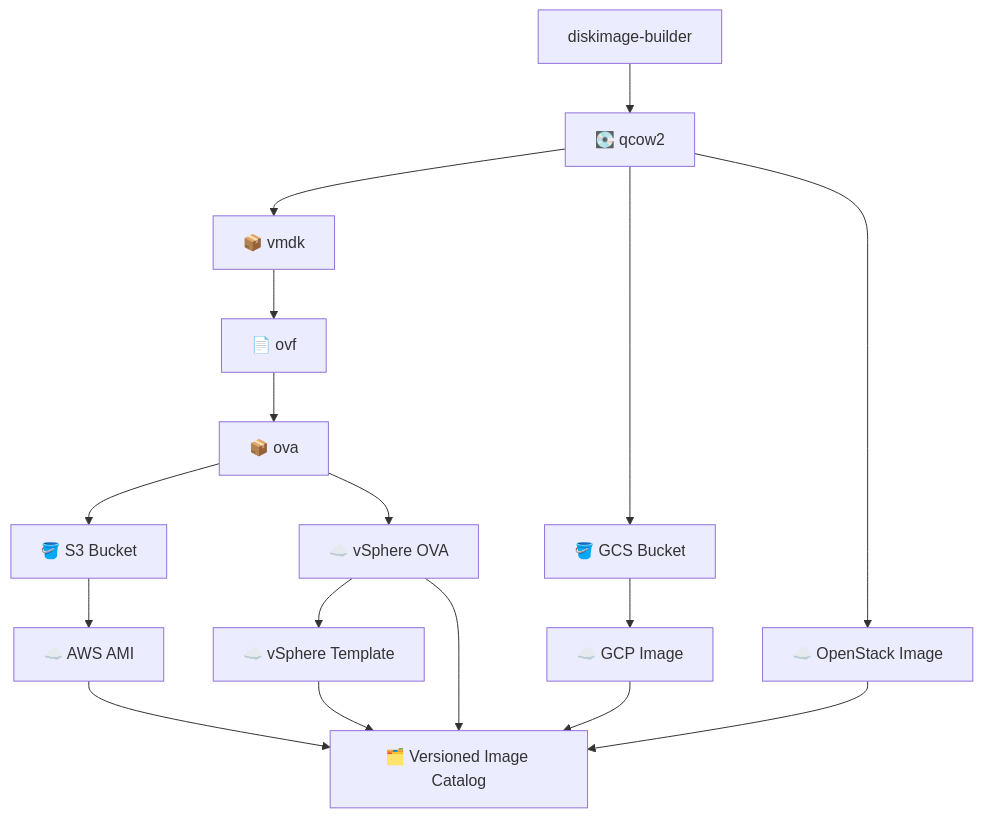
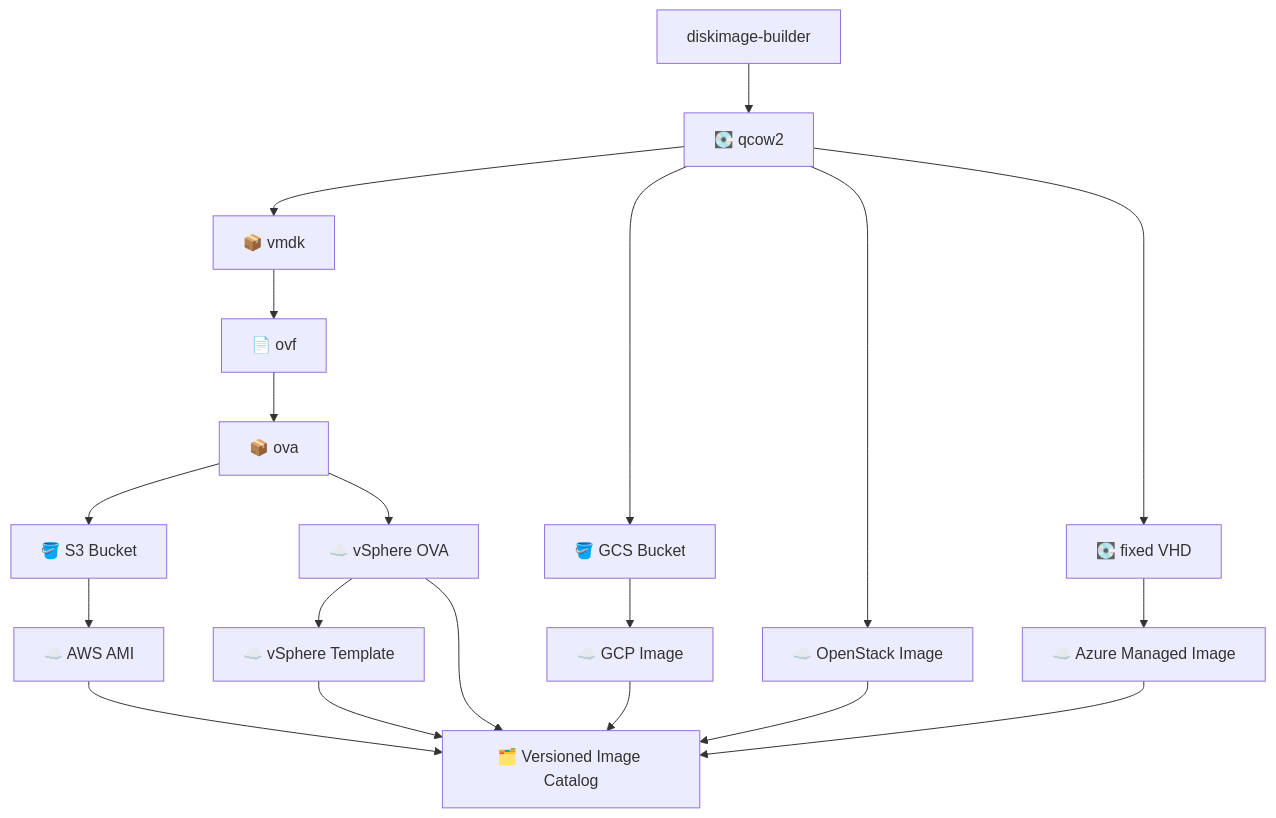
The diagram in README.md (jjbailey/dib7), drawn with Mermaid before and after one commit. The commit also changed other lines of this file and 27 other files, not shown here.

````diff
--- a/README.md
+++ b/README.md
@@ -19,19 +20,22 @@
 ```mermaid
 flowchart TB
     DIB["diskimage-builder"] --> QCOW2["💽 qcow2"]
     QCOW2 --> VMDK["📦 vmdk"]
     VMDK --> OVF["📄 ovf"]
     OVF --> OVA["📦 ova"]
     QCOW2 --> GCS["🪣 GCS Bucket"]
     GCS --> GCP_IMG["☁️ GCP Image"]
     QCOW2 --> OPENSTACK_IMG["☁️ OpenStack Image"]
+    QCOW2 --> VHD["💽 fixed VHD"]
+    VHD --> AZURE_IMG["☁️ Azure Managed Image"]
     OVA --> S3["🪣 S3 Bucket"]
     S3 --> AWS_IMG["☁️ AWS AMI"]
     OVA --> VSPHERE_IMG["☁️ vSphere OVA"]
     VSPHERE_IMG --> VSPHERE_TPL["☁️ vSphere Template"]
     AWS_IMG --> CATALOG["🗂️ Versioned Image Catalog"]
     GCP_IMG --> CATALOG
     OPENSTACK_IMG --> CATALOG
     VSPHERE_IMG --> CATALOG
     VSPHERE_TPL --> CATALOG
+    AZURE_IMG --> CATALOG
 ```
````
